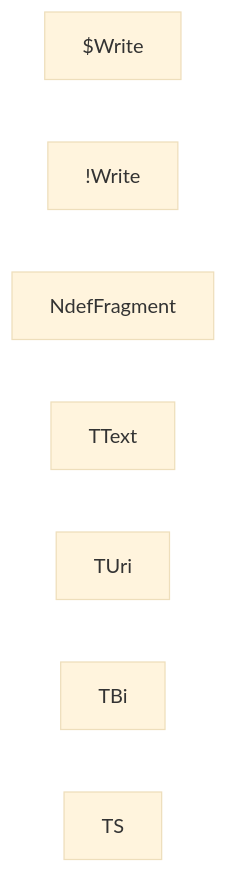
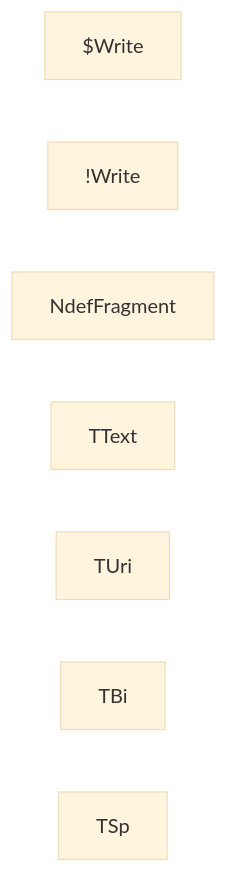
Before and after one commit to gordianknotC/nxp_note: the diagram in nxp/Demo.md, drawn with Mermaid (base theme). The commit also changed other lines of this file, not shown here.

Commit message:
nxp/Demo.md updated from https://stackedit.io/

````diff
--- a/nxp/Demo.md
+++ b/nxp/Demo.md
@@ -7,10 +7,10 @@
 ``` mermaid
 graph LR
 $Write
 !Write
 NdefFragment
 TText
 TUri
 TBi
-TS
+TSp
 ```
````
